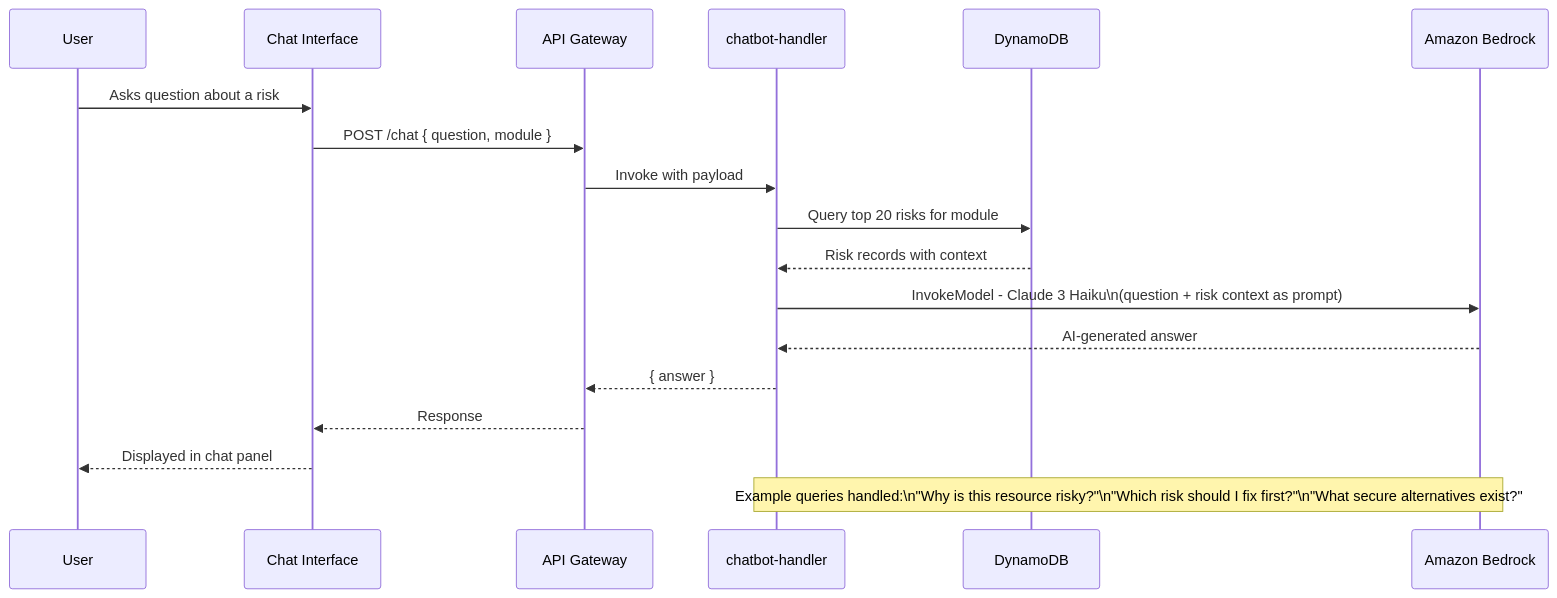
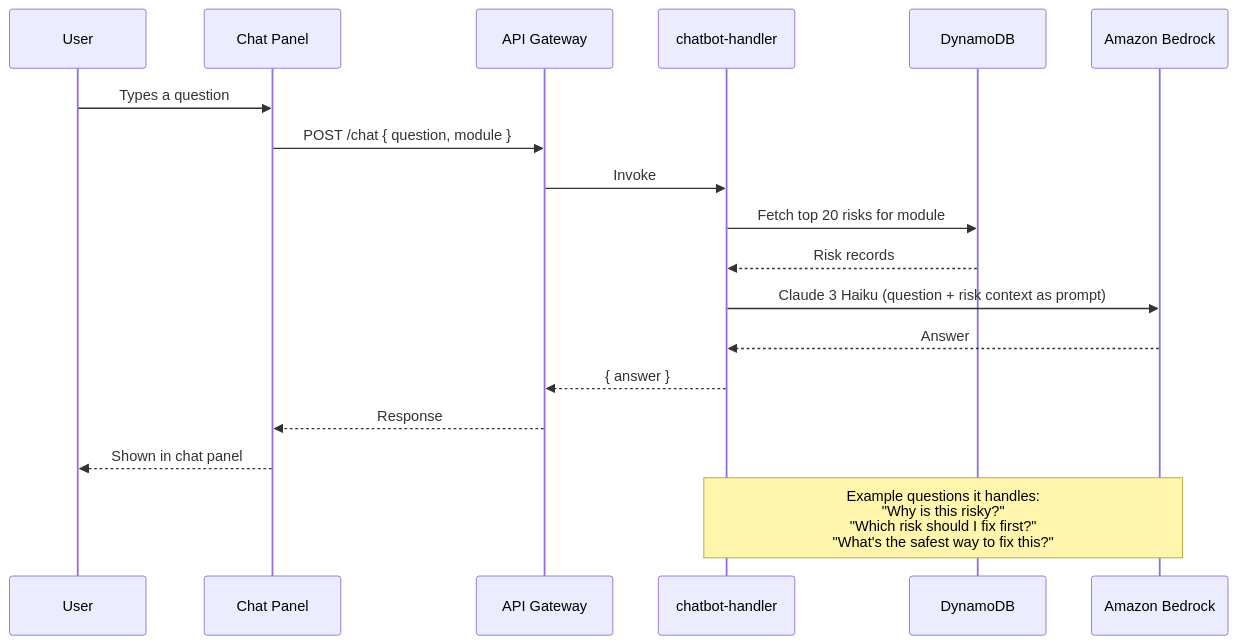
The eighth of 12 diagrams in ARCHITECTURE.md (Sayyaddsameer/CloudSentinel_AI), drawn with Mermaid before and after one commit. The commit also changed other lines of this file and 552 other files, not shown here.

````diff
--- a/ARCHITECTURE.md
+++ b/ARCHITECTURE.md
@@ -340,22 +340,22 @@
 ```mermaid
 sequenceDiagram
     participant U as User
-    participant FE as Chat Interface
+    participant FE as Chat Panel
     participant APIGW as API Gateway
     participant Lambda as chatbot-handler
     participant DDB as DynamoDB
     participant BR as Amazon Bedrock
 
-    U->>FE: Asks question about a risk
+    U->>FE: Types a question
     FE->>APIGW: POST /chat { question, module }
-    APIGW->>Lambda: Invoke with payload
-    Lambda->>DDB: Query top 20 risks for module
-    DDB-->>Lambda: Risk records with context
-    Lambda->>BR: InvokeModel - Claude 3 Haiku\n(question + risk context as prompt)
-    BR-->>Lambda: AI-generated answer
+    APIGW->>Lambda: Invoke
+    Lambda->>DDB: Fetch top 20 risks for module
+    DDB-->>Lambda: Risk records
+    Lambda->>BR: Claude 3 Haiku (question + risk context as prompt)
+    BR-->>Lambda: Answer
     Lambda-->>APIGW: { answer }
     APIGW-->>FE: Response
-    FE-->>U: Displayed in chat panel
+    FE-->>U: Shown in chat panel
 
-    Note over Lambda,BR: Example queries handled:\n"Why is this resource risky?"\n"Which risk should I fix first?"\n"What secure alternatives exist?"
+    Note over Lambda,BR: Example questions it handles:<br/>"Why is this risky?"<br/>"Which risk should I fix first?"<br/>"What's the safest way to fix this?"
 ```
````
